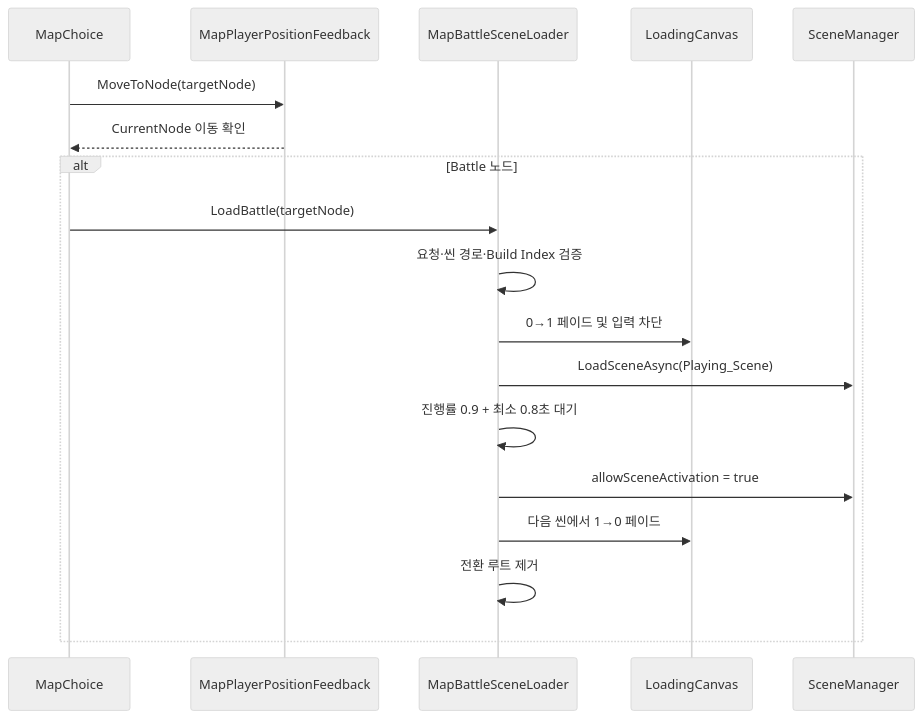
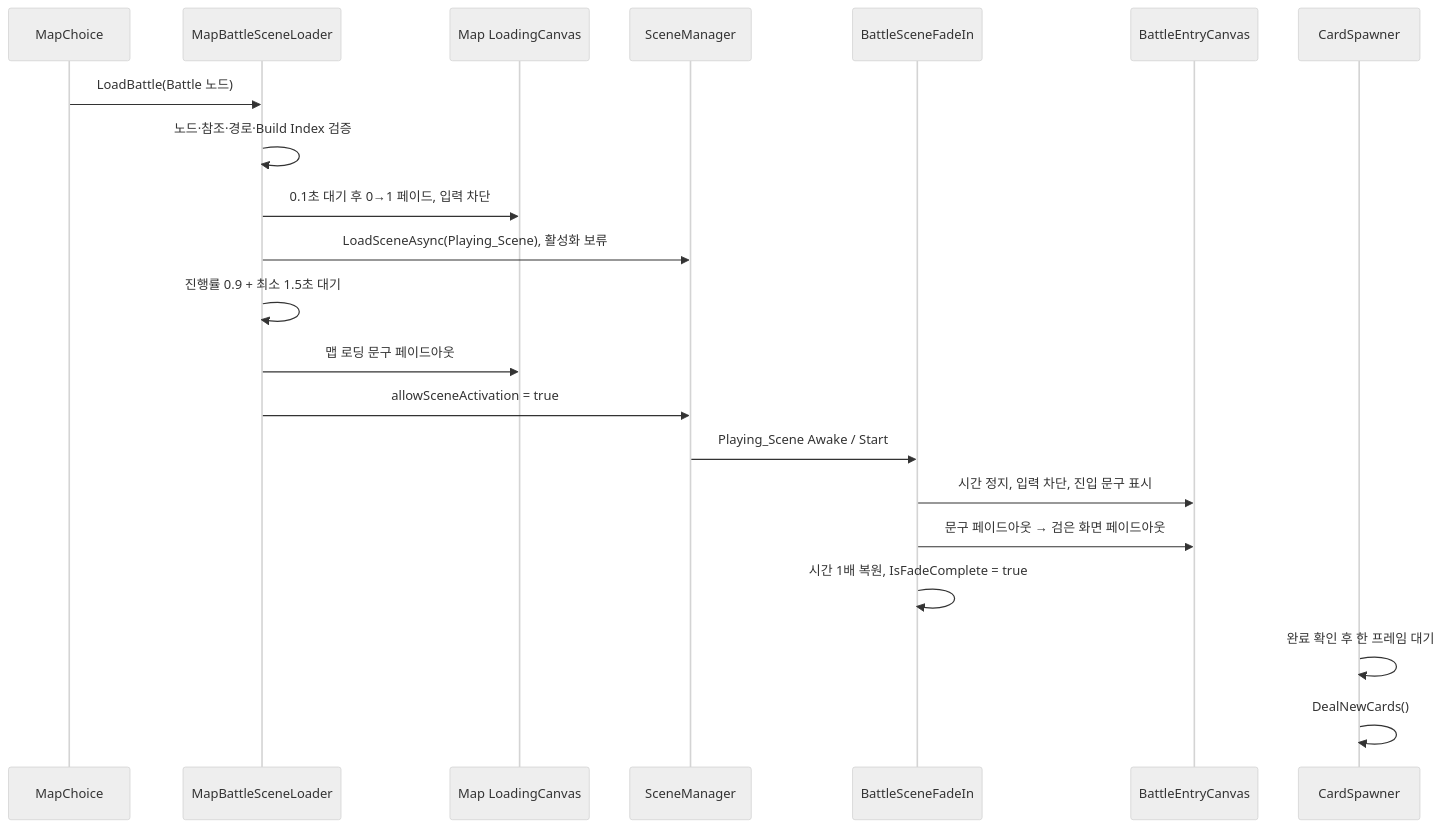
Before and after one commit to icrf-hot/Randint_Strategy_Record: the diagram in wiki/01 시스템/씬 전환 및 로딩.md, drawn with Mermaid (neutral theme). The commit also changed other lines of this file and 12 other files, not shown here.

````diff
--- a/wiki/01 시스템/씬 전환 및 로딩.md
+++ b/wiki/01 시스템/씬 전환 및 로딩.md
@@ -17,21 +20,24 @@
 ```mermaid
 sequenceDiagram
     participant Choice as MapChoice
-    participant Position as MapPlayerPositionFeedback
-    participant Loader as MapBattleSceneLoader
-    participant UI as LoadingCanvas
+    participant MapLoader as MapBattleSceneLoader
+    participant MapUI as Map LoadingCanvas
     participant Scene as SceneManager
+    participant BattleFade as BattleSceneFadeIn
+    participant BattleUI as BattleEntryCanvas
+    participant Cards as CardSpawner
 
-    Choice->>Position: MoveToNode(targetNode)
-    Position-->>Choice: CurrentNode 이동 확인
-    alt Battle 노드
-        Choice->>Loader: LoadBattle(targetNode)
-        Loader->>Loader: 요청·씬 경로·Build Index 검증
-        Loader->>UI: 0→1 페이드 및 입력 차단
-        Loader->>Scene: LoadSceneAsync(Playing_Scene)
-        Loader->>Loader: 진행률 0.9 + 최소 0.8초 대기
-        Loader->>Scene: allowSceneActivation = true
-        Loader->>UI: 다음 씬에서 1→0 페이드
-        Loader->>Loader: 전환 루트 제거
-    end
+    Choice->>MapLoader: LoadBattle(Battle 노드)
+    MapLoader->>MapLoader: 노드·참조·경로·Build Index 검증
+    MapLoader->>MapUI: 0.1초 대기 후 0→1 페이드, 입력 차단
+    MapLoader->>Scene: LoadSceneAsync(Playing_Scene), 활성화 보류
+    MapLoader->>MapLoader: 진행률 0.9 + 최소 1.5초 대기
+    MapLoader->>MapUI: 맵 로딩 문구 페이드아웃
+    MapLoader->>Scene: allowSceneActivation = true
+    Scene->>BattleFade: Playing_Scene Awake / Start
+    BattleFade->>BattleUI: 시간 정지, 입력 차단, 진입 문구 표시
+    BattleFade->>BattleUI: 문구 페이드아웃 → 검은 화면 페이드아웃
+    BattleFade->>BattleFade: 시간 1배 복원, IsFadeComplete = true
+    Cards->>Cards: 완료 확인 후 한 프레임 대기
+    Cards->>Cards: DealNewCards()
 ```
````
